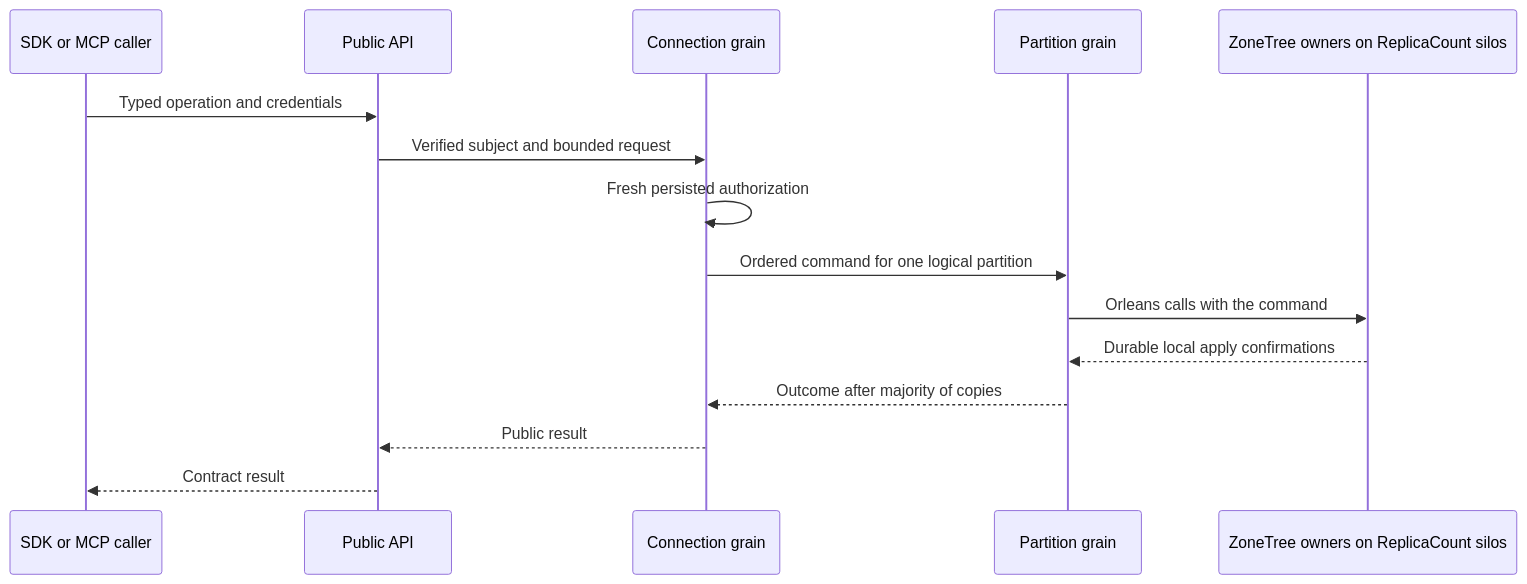
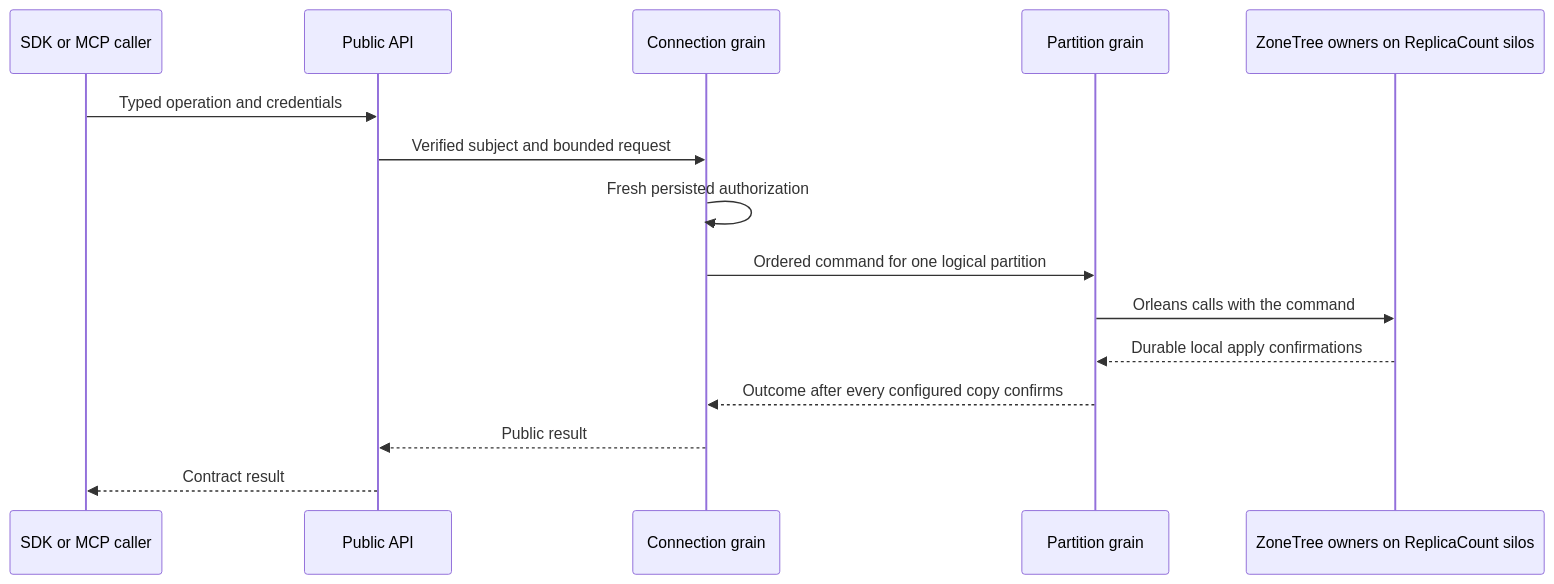
One commit to managedcode/KeyLoad changed the fifth of 30 diagrams in docs/Architecture.md. Above: the diagram before and after it, drawn with Mermaid. The commit also changed other lines of this file and 2010 other files, not shown here.

````diff
--- a/docs/Architecture.md
+++ b/docs/Architecture.md
@@ -248,17 +247,17 @@
 ```mermaid
 sequenceDiagram
     participant Caller as SDK or MCP caller
     participant API as Public API
     participant Conn as Connection grain
     participant Part as Partition grain
     participant Owners as ZoneTree owners on ReplicaCount silos
     Caller->>API: Typed operation and credentials
     API->>Conn: Verified subject and bounded request
     Conn->>Conn: Fresh persisted authorization
     Conn->>Part: Ordered command for one logical partition
     Part->>Owners: Orleans calls with the command
     Owners-->>Part: Durable local apply confirmations
-    Part-->>Conn: Outcome after majority of copies
+    Part-->>Conn: Outcome after every configured copy confirms
     Conn-->>API: Public result
     API-->>Caller: Contract result
 ```
````
